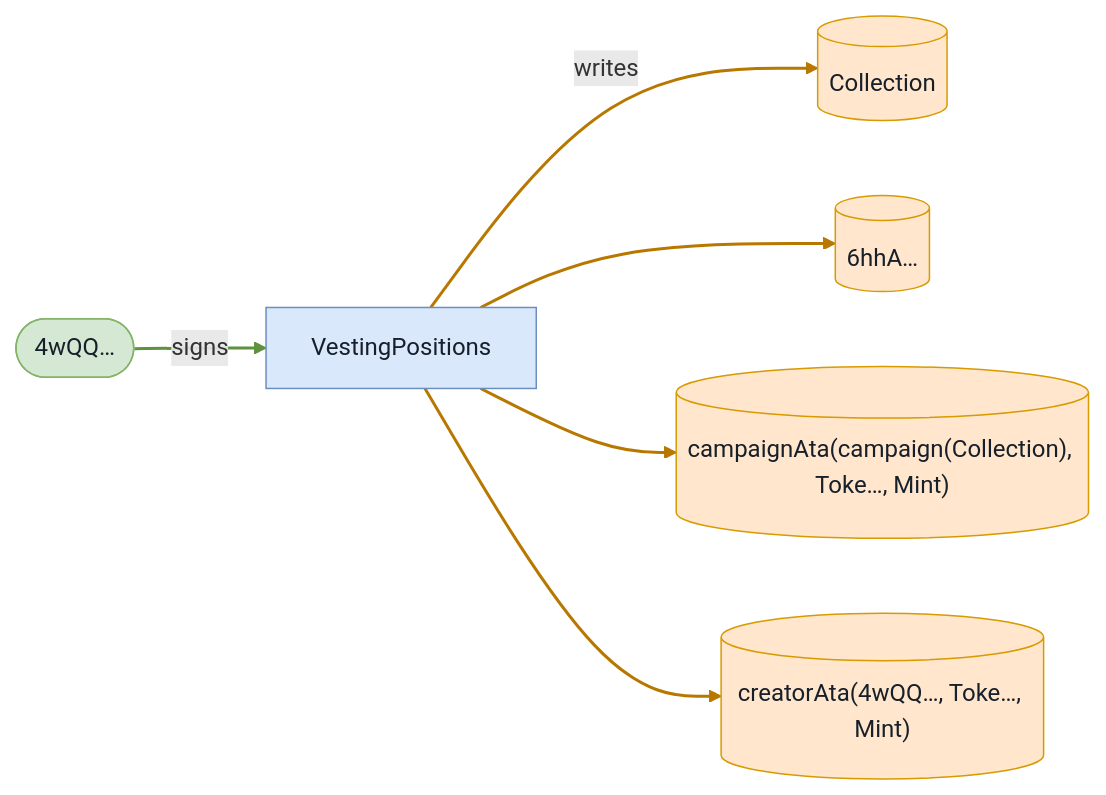
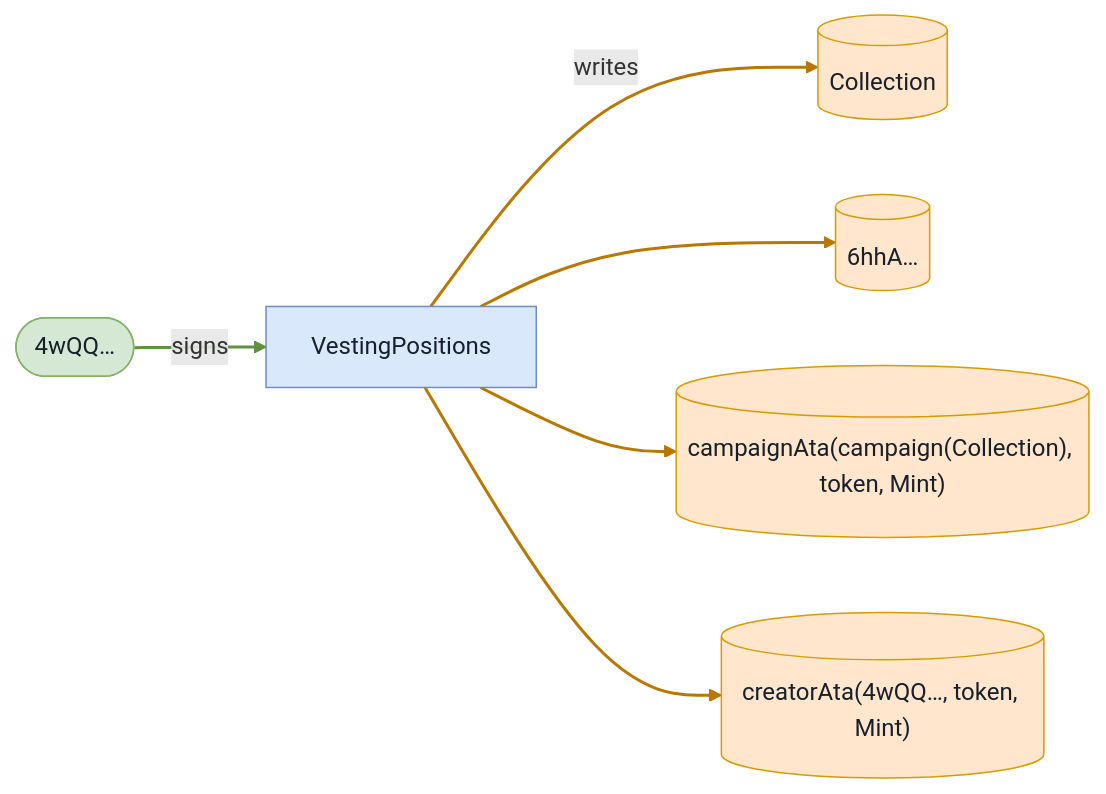
The eighth of 9 diagrams in babelfish-tests/test-report/clawback_requires_creator.md (cds-turbin3/vesting-position), drawn with Mermaid before and after one commit. The commit also changed other lines of this file and 104 other files, not shown here.

````diff
--- a/babelfish-tests/test-report/clawback_requires_creator.md
+++ b/babelfish-tests/test-report/clawback_requires_creator.md
@@ -392,19 +392,19 @@
 ```mermaid
 flowchart LR
     VestingPositions["VestingPositions"]:::program
     n4wQQ(["4wQQ…"]):::signer
     Collection[("Collection")]:::state
     n6hhA[("6hhA…")]:::state
-    campaignAtacampaignCollectionTokeMint[("campaignAta(campaign(Collection), Toke…, Mint)")]:::state
-    creatorAta4wQQTokeMint[("creatorAta(4wQQ…, Toke…, Mint)")]:::state
+    campaignAtacampaignCollectiontokenMint[("campaignAta(campaign(Collection), token, Mint)")]:::state
+    creatorAta4wQQtokenMint[("creatorAta(4wQQ…, token, Mint)")]:::state
     n4wQQ -->|signs| VestingPositions
     VestingPositions -->|writes| Collection
     VestingPositions --> n6hhA
-    VestingPositions --> campaignAtacampaignCollectionTokeMint
-    VestingPositions --> creatorAta4wQQTokeMint
+    VestingPositions --> campaignAtacampaignCollectiontokenMint
+    VestingPositions --> creatorAta4wQQtokenMint
     classDef program fill:#dae8fc,stroke:#6c8ebf,color:#17202a;
     classDef signer fill:#d5e8d4,stroke:#82b366,color:#17202a;
     classDef state fill:#ffe6cc,stroke:#d79b00,color:#17202a;
     linkStyle 0 stroke:#5f913f,stroke-width:2px
     linkStyle 1,2,3,4 stroke:#b87800,stroke-width:2px
 ```
````
